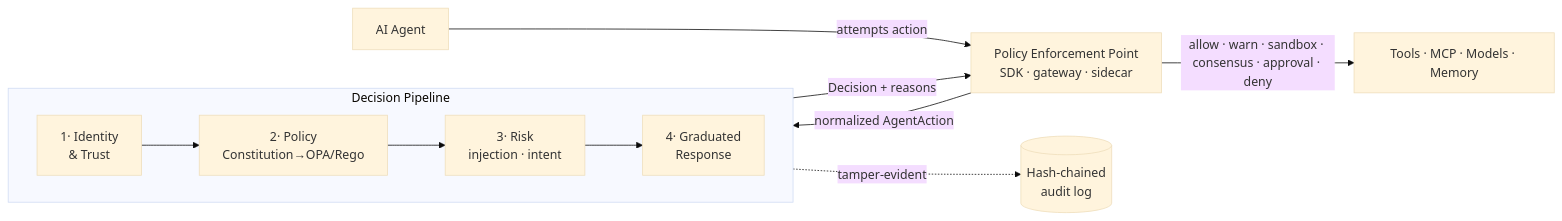
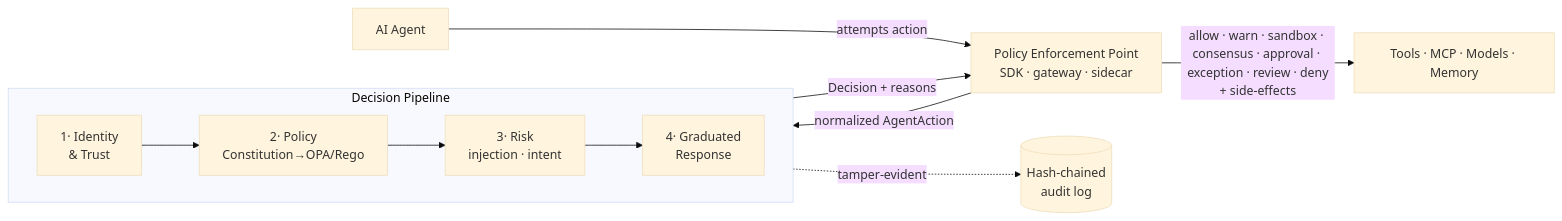
One commit to JitendraJha98/agentos-guard changed the diagram in README.md. Above: the diagram before and after it, drawn with Mermaid (base theme). The commit also changed other lines of this file and 10 other files, not shown here.

````diff
--- a/README.md
+++ b/README.md
@@ -53,14 +53,14 @@
 ```mermaid
 flowchart LR
     A[AI Agent] -->|attempts action| PEP[Policy Enforcement Point<br/>SDK · gateway · sidecar]
     PEP -->|normalized AgentAction| P
     subgraph P [Decision Pipeline]
         direction LR
         ID[1· Identity<br/>& Trust] --> POL[2· Policy<br/>Constitution→OPA/Rego]
         POL --> RISK[3· Risk<br/>injection · intent]
         RISK --> GR[4· Graduated<br/>Response]
     end
     P -->|Decision + reasons| PEP
     P -.->|tamper-evident| AUD[(Hash-chained<br/>audit log)]
-    PEP -->|allow · warn · sandbox · consensus · approval · deny| T[Tools · MCP · Models · Memory]
+    PEP -->|allow · warn · sandbox · consensus · approval · exception · review · deny<br/>+ side-effects| T[Tools · MCP · Models · Memory]
 ```
````
